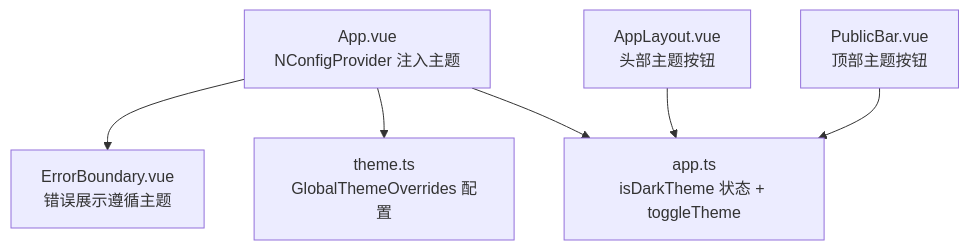
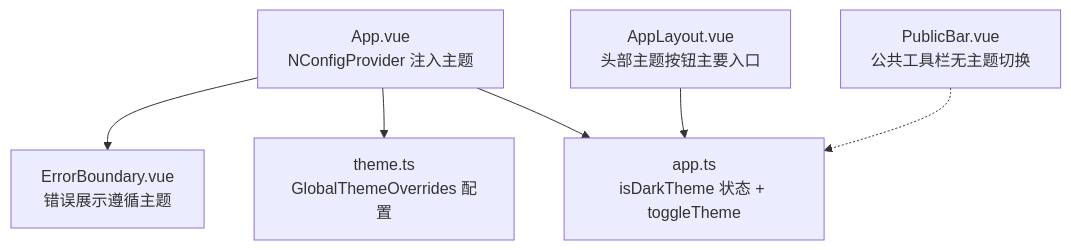
The first of 3 diagrams in .qoder/repowiki/zh/content/用户界面/主题定制.md (taoweidong/Hello-Tauri), drawn with Mermaid before and after one commit. The commit also changed other lines of this file and 14 other files, not shown here.

````diff
--- a/.qoder/repowiki/zh/content/用户界面/主题定制.md
+++ b/.qoder/repowiki/zh/content/用户界面/主题定制.md
@@ -38,8 +49,8 @@
 ```mermaid
 graph TB
 A["App.vue<br/>NConfigProvider 注入主题"] --> B["theme.ts<br/>GlobalThemeOverrides 配置"]
 A --> C["app.ts<br/>isDarkTheme 状态 + toggleTheme"]
-D["AppLayout.vue<br/>头部主题按钮"] --> C
-E["PublicBar.vue<br/>顶部主题按钮"] --> C
+D["AppLayout.vue<br/>头部主题按钮主要入口"] --> C
+E["PublicBar.vue<br/>公共工具栏无主题切换"] -.-> C
 A --> F["ErrorBoundary.vue<br/>错误展示遵循主题"]
 ```
````
